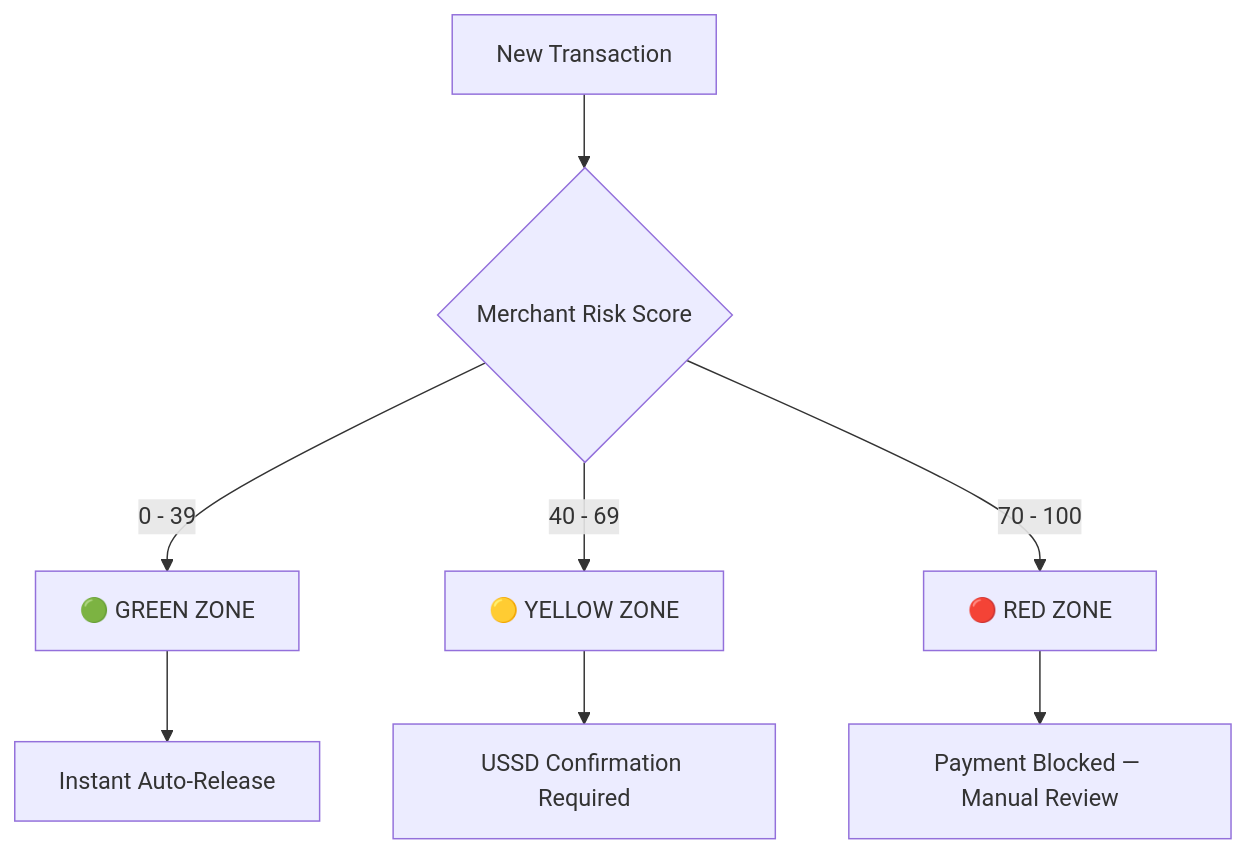
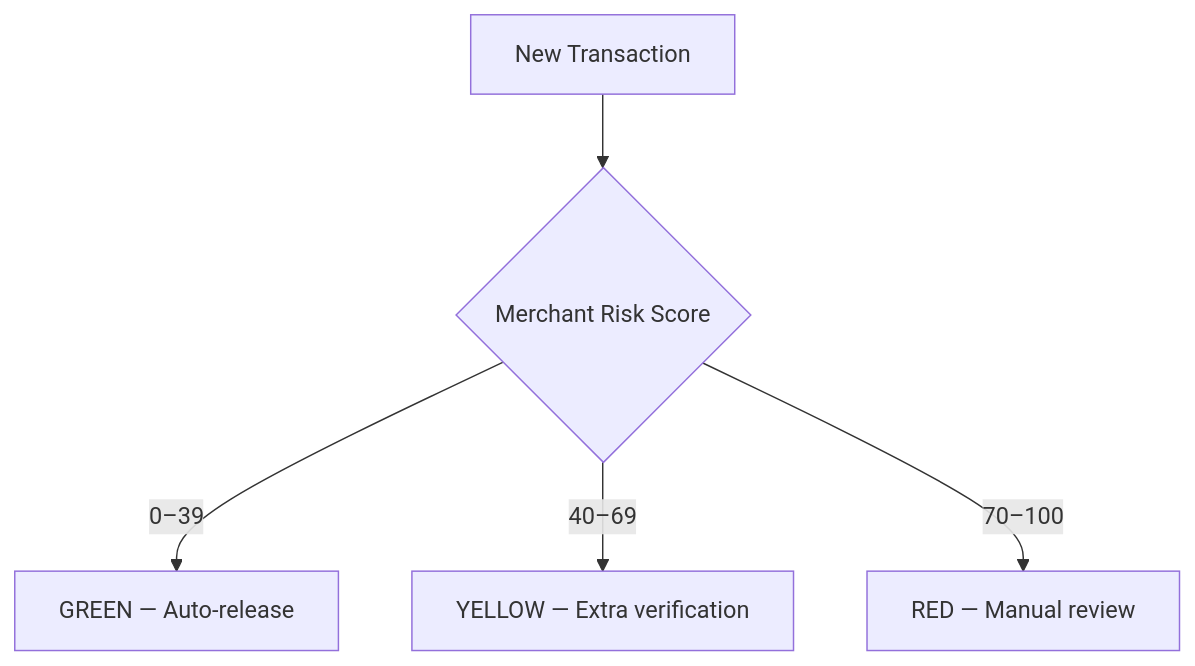
The third of 4 diagrams in README.md (rogersterkaa/StacksBit), drawn with Mermaid before and after one commit. The commit also changed other lines of this file, not shown here.

````diff
--- a/README.md
+++ b/README.md
@@ -72,10 +91,7 @@
 ```mermaid
 flowchart TD
     A[New Transaction] --> B{Merchant Risk Score}
-    B -->|0 - 39| C[🟢 GREEN ZONE]
-    B -->|40 - 69| D[🟡 YELLOW ZONE]
-    B -->|70 - 100| E[🔴 RED ZONE]
-    C --> F[Instant Auto-Release]
-    D --> G[USSD Confirmation Required]
-    E --> H[Payment Blocked — Manual Review]
+    B -->|0–39| C[GREEN — Auto-release]
+    B -->|40–69| D[YELLOW — Extra verification]
+    B -->|70–100| E[RED — Manual review]
 ```
````
